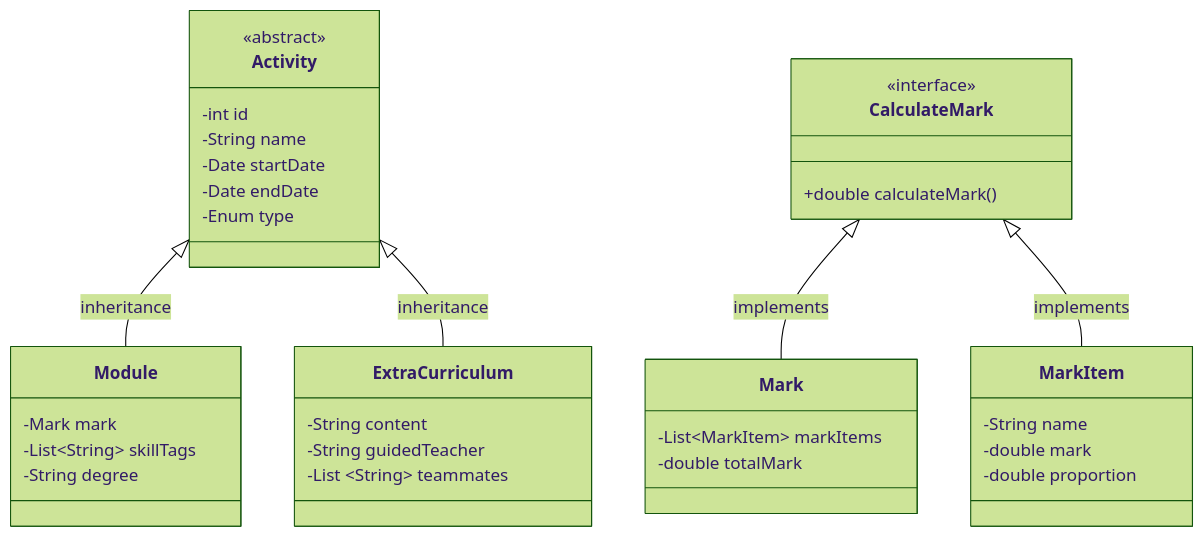
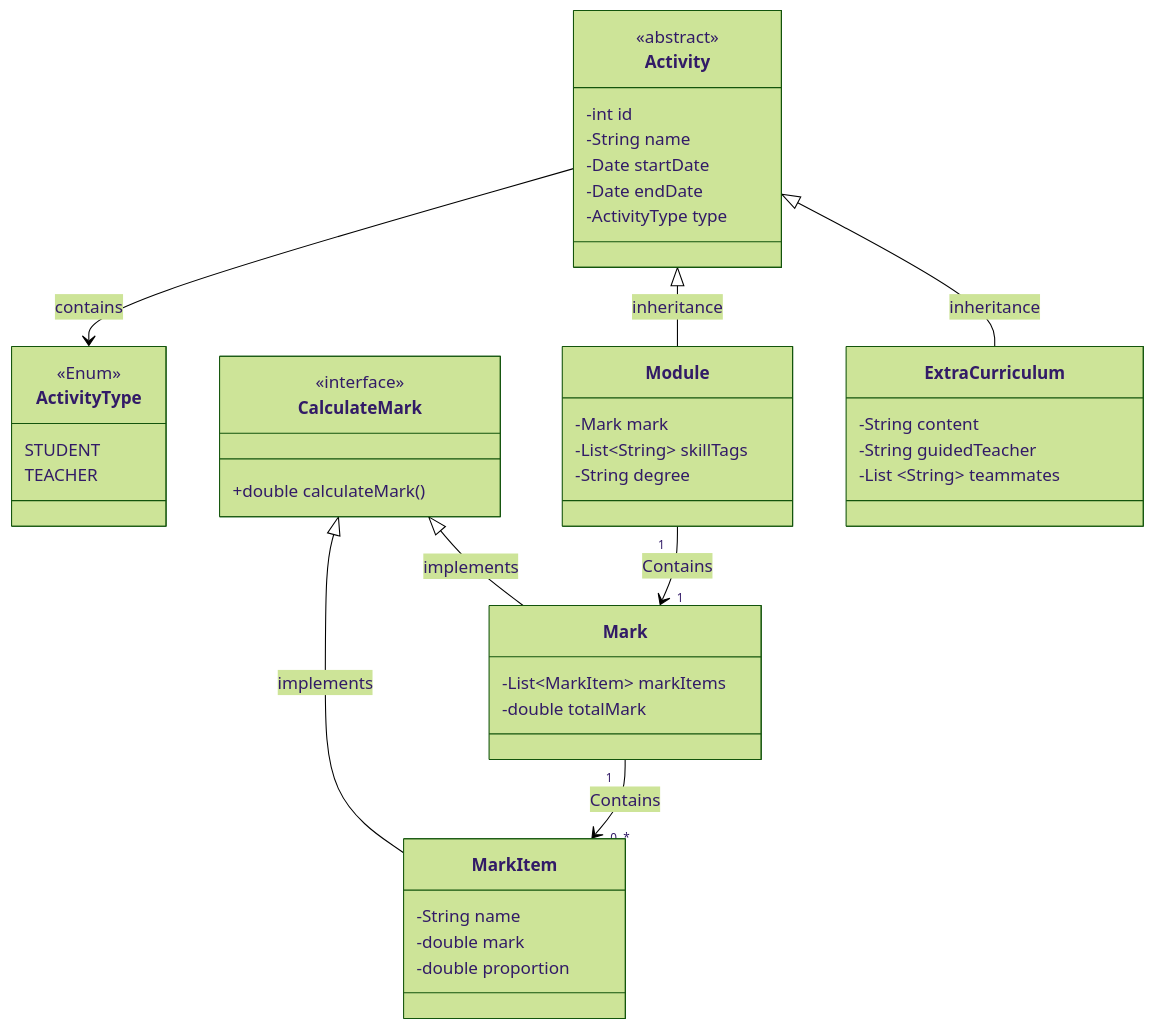
One commit to klsc749/EduTracker changed the diagram in README.md. Above: the diagram before and after it, drawn with Mermaid (forest theme).

Commit message:
Update README file : Add relationships

````diff
--- a/README.md
+++ b/README.md
@@ -6,45 +6,57 @@
 ```mermaid
 classDiagram
     class Activity {
+        <<abstract>>
         -int id
         -String name
         -Date startDate
         -Date endDate
-        -Enum type
+        -ActivityType type 
     }
-    <<abstract>> Activity
+    
+    class ActivityType{
+        <<Enum>>
+        STUDENT
+        TEACHER
+    }
+    
+    Activity --> ActivityType : contains
+    
     
     class Module{
         -Mark mark
         -List~String~ skillTags
         -String degree        
     }
     Activity <|-- Module : inheritance
     
     class CalculateMark{
         +double calculateMark()
     }
     <<interface>> CalculateMark
     
     class Mark{
         -List~MarkItem~ markItems
         -double totalMark
     }
     
     class MarkItem{
         -String name
         -double mark
         -double proportion
     }
     
     CalculateMark <|-- Mark : implements
     CalculateMark <|-- MarkItem : implements
     
+    Module "1" --> "1" Mark : Contains
+    Mark "1" --> "0..*" MarkItem : Contains
+    
     class ExtraCurriculum{
         -String content
         -String guidedTeacher
         -List ~String~ teammates
     }
     
     Activity <|-- ExtraCurriculum : inheritance
 ```
````
